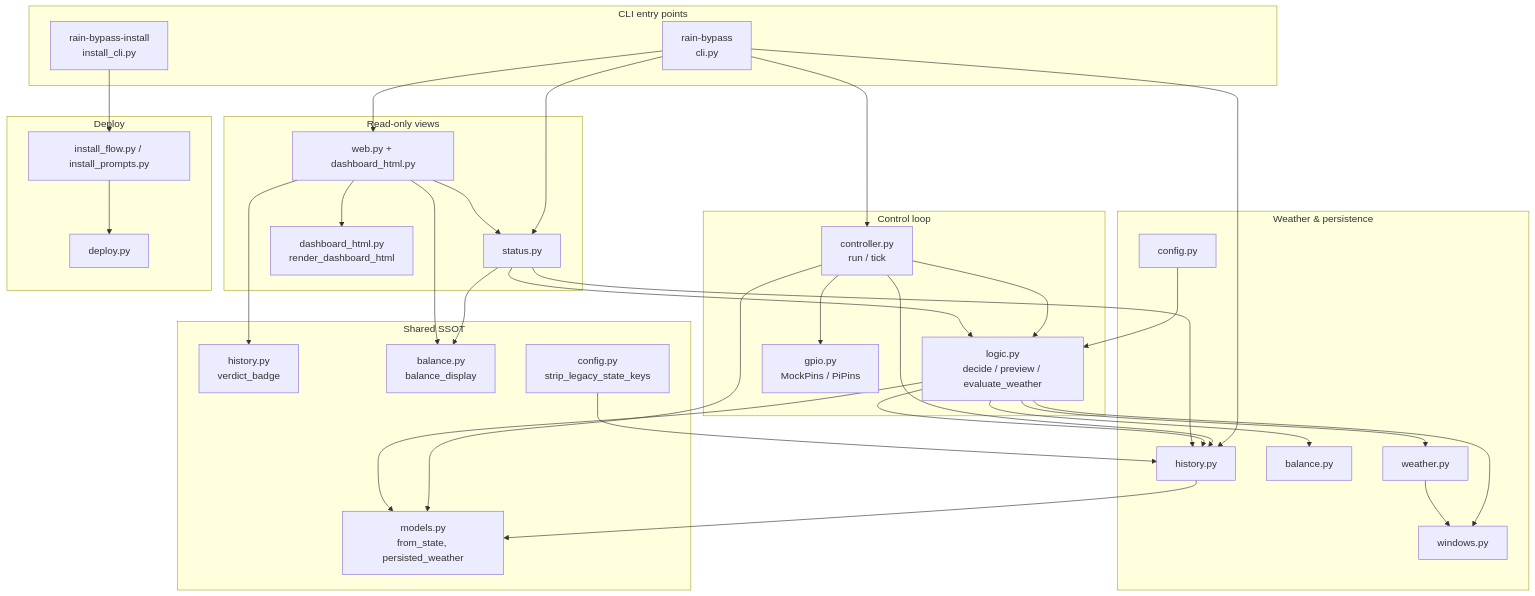
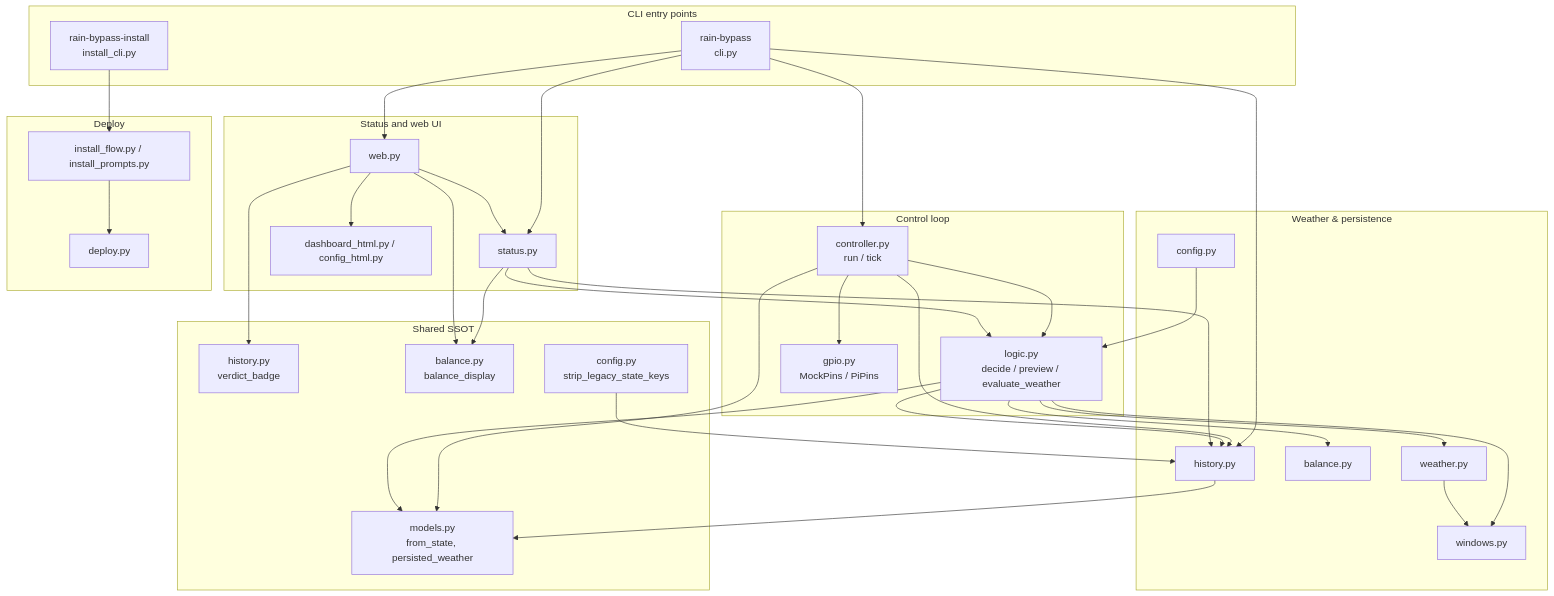
The sixth of 7 diagrams in README.md (grevelle/sprinkler-rain-bypass), drawn with Mermaid before and after one commit. The commit also changed other lines of this file, not shown here.

Commit message:
Align README with the web /config settings page.

````diff
--- a/README.md
+++ b/README.md
@@ -514,65 +514,65 @@
 ```mermaid
 flowchart TB
   subgraph entry [CLI entry points]
     main["rain-bypass<br/>cli.py"]
     installer["rain-bypass-install<br/>install_cli.py"]
   end
 
   subgraph ssot [Shared SSOT]
     models["models.py<br/>from_state, persisted_weather"]
     historySSOT["history.py<br/>verdict_badge"]
     balanceSSOT["balance.py<br/>balance_display"]
     configSSOT["config.py<br/>strip_legacy_state_keys"]
   end
 
   subgraph loop [Control loop]
     controller[controller.py<br/>run / tick]
     logic[logic.py<br/>decide / preview / evaluate_weather]
     gpio[gpio.py<br/>MockPins / PiPins]
   end
 
   subgraph io [Weather & persistence]
     weather[weather.py]
     windows[windows.py]
     balance[balance.py]
     history[history.py]
     config[config.py]
   end
 
-  subgraph views [Read-only views]
+  subgraph views [Status and web UI]
     status[status.py]
-    web["web.py + dashboard_html.py"]
-    webHtml["dashboard_html.py<br/>render_dashboard_html"]
+    web["web.py"]
+    webHtml["dashboard_html.py / config_html.py"]
   end
 
   subgraph deployMod [Deploy]
     deploy[deploy.py]
     flow[install_flow.py / install_prompts.py]
   end
 
   main --> controller
   main --> status
   main --> web
   main --> history
   installer --> flow --> deploy
   controller --> logic
   controller --> gpio
   controller --> history
   controller --> models
   logic --> weather
   logic --> balance
   logic --> windows
   logic --> history
   logic --> models
   history --> models
   status --> logic
   status --> balanceSSOT
   status --> history
   web --> status
   web --> historySSOT
   web --> balanceSSOT
   web --> webHtml
   weather --> windows
   config --> logic
   configSSOT --> history
 ```
````
